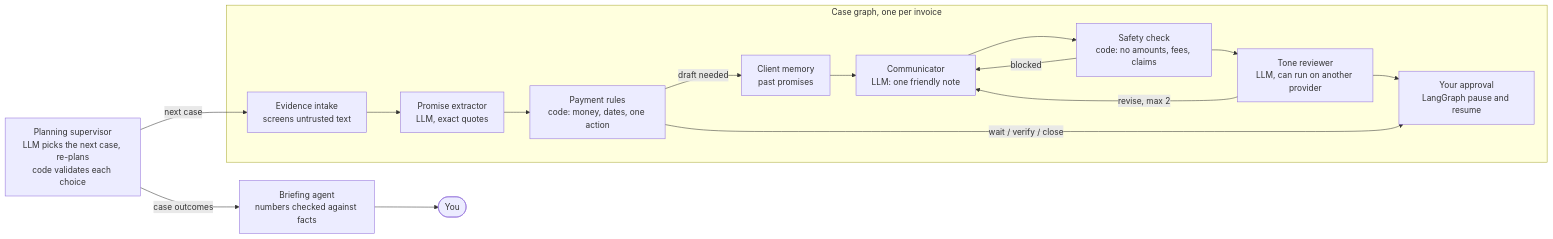
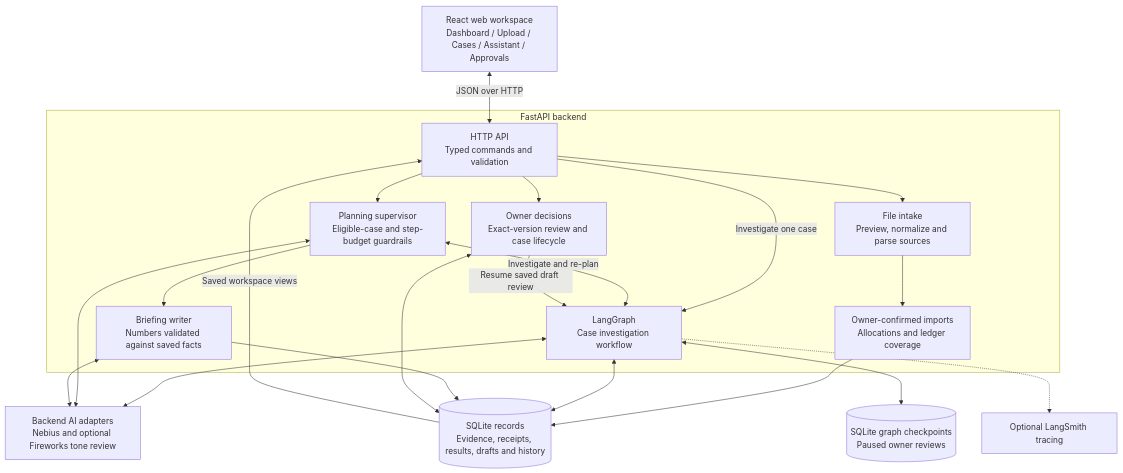
The first of 2 diagrams in README.md (Natarajan92/promisekeeper), drawn with Mermaid before and after one commit. The commit also changed other lines of this file, not shown here.

Commit message:
Document current workflow and system architecture

````diff
--- a/README.md
+++ b/README.md
@@ -9,18 +65,33 @@
 ```mermaid
-flowchart LR
-  SUP[Planning supervisor<br/>LLM picks the next case, re-plans<br/>code validates each choice] -->|next case| IN
-  SUP -->|case outcomes| BRF[Briefing agent<br/>numbers checked against facts]
-  BRF --> OWN([You])
-  subgraph CASE[Case graph, one per invoice]
-    IN[Evidence intake<br/>screens untrusted text] --> EX[Promise extractor<br/>LLM, exact quotes]
-    EX --> RU[Payment rules<br/>code: money, dates, one action]
-    RU -->|draft needed| ME[Client memory<br/>past promises]
-    ME --> CO[Communicator<br/>LLM: one friendly note]
-    CO --> SC[Safety check<br/>code: no amounts, fees, claims]
-    SC -->|blocked| CO
-    SC --> TR[Tone reviewer<br/>LLM, can run on another provider]
-    TR -->|revise, max 2| CO
-    TR --> OW[Your approval<br/>LangGraph pause and resume]
-    RU -->|wait / verify / close| OW
-  end
+flowchart TB
+    UI["React web workspace<br/>Dashboard / Upload / Cases / Assistant / Approvals"]
+
+    subgraph BACKEND["FastAPI backend"]
+        API["HTTP API<br/>Typed commands and validation"]
+        INTAKE["File intake<br/>Preview, normalize and parse sources"]
+        MATCH["Owner-confirmed imports<br/>Allocations and ledger coverage"]
+        SUP["Planning supervisor<br/>Eligible-case and step-budget guardrails"]
+        GRAPH["LangGraph<br/>Case investigation workflow"]
+        BRIEF["Briefing writer<br/>Numbers validated against saved facts"]
+        REVIEW["Owner decisions<br/>Exact-version review and case lifecycle"]
+        API --> INTAKE --> MATCH
+        API --> SUP
+        API -->|"Investigate one case"| GRAPH
+        SUP <-->|"Investigate and re-plan"| GRAPH
+        SUP --> BRIEF
+        API --> REVIEW
+    end
+
+    UI <-->|"JSON over HTTP"| API
+    MATCH --> DATA[("SQLite records<br/>Evidence, receipts, results, drafts and history")]
+    GRAPH <--> DATA
+    DATA -->|"Saved workspace views"| API
+    BRIEF --> DATA
+    REVIEW <--> DATA
+    REVIEW -->|"Resume saved draft review"| GRAPH
+    GRAPH <--> CHECKPOINTS[("SQLite graph checkpoints<br/>Paused owner reviews")]
+    GRAPH <--> MODELS["Backend AI adapters<br/>Nebius and optional Fireworks tone review"]
+    SUP <--> MODELS
+    BRIEF <--> MODELS
+    GRAPH -.-> TRACES["Optional LangSmith tracing"]
 ```
````
